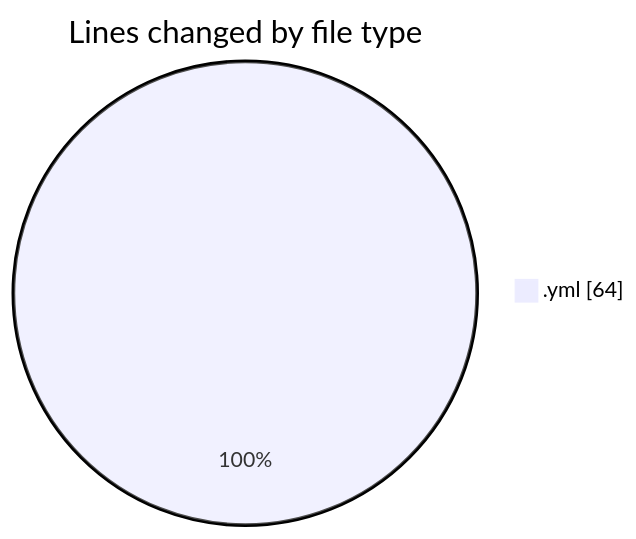
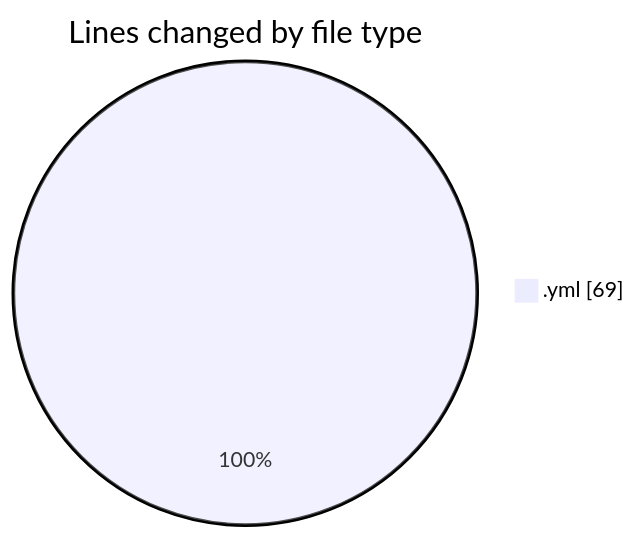
The first of 2 diagrams in 2026-07-12/downloads/README.md (momahboobian/code-tracking), drawn with Mermaid before and after one commit. The commit also changed other lines of this file and 1 other file, not shown here.

````diff
--- a/2026-07-12/downloads/README.md
+++ b/2026-07-12/downloads/README.md
@@ -20,5 +20,5 @@
 ```mermaid
 pie showData
 title Lines changed by file type
-".yml" : 64
+".yml" : 69
 ```
````
